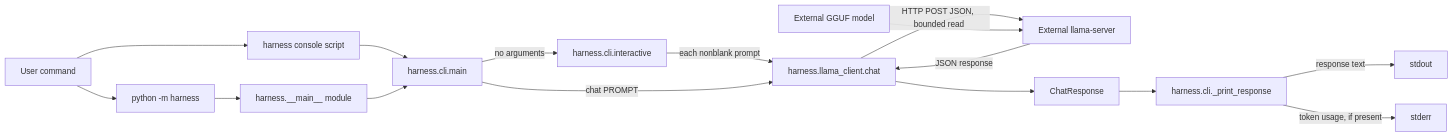
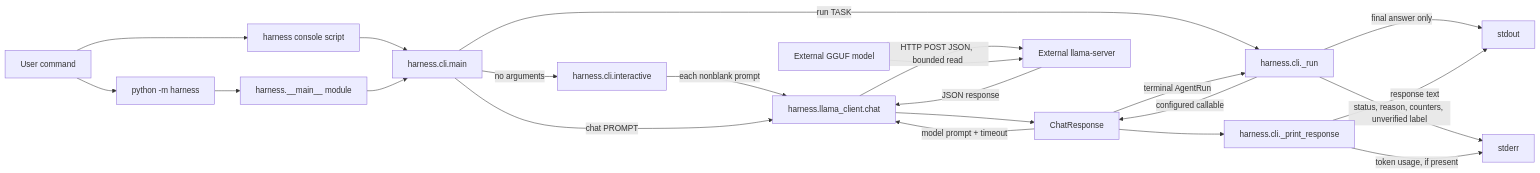
The first of 3 diagrams in docs/code-map.md (reganvannguyen/efficient-code-agent), drawn with Mermaid before and after one commit. The commit also changed other lines of this file and 15 other files, not shown here.

Commit message:
feat: expose read-only agent through CLI

````diff
--- a/docs/code-map.md
+++ b/docs/code-map.md
@@ -13,18 +13,24 @@
 ```mermaid
 flowchart LR
     U[User command] --> E["python -m harness"]
     U --> K["harness console script"]
     K --> C[harness.cli.main]
     E --> M["harness.__main__ module"]
     M --> C
     C -->|no arguments| I[harness.cli.interactive]
     I -->|each nonblank prompt| H[harness.llama_client.chat]
     C -->|chat PROMPT| H
+    C -->|run TASK| A[harness.cli._run]
+    A -->|configured callable| R[harness.agent.runtime.run_agent]
+    R -->|model prompt + timeout| H
+    R -->|terminal AgentRun| A
+    A -->|final answer only| O[stdout]
+    A -->|status, reason, counters, unverified label| D[stderr]
     H -->|HTTP POST JSON, bounded read| S[External llama-server]
     G[External GGUF model] --> S
     S -->|JSON response| H
     H --> R[ChatResponse]
     R --> P[harness.cli._print_response]
     P -->|response text| O[stdout]
     P -->|token usage, if present| D[stderr]
 ```
````
